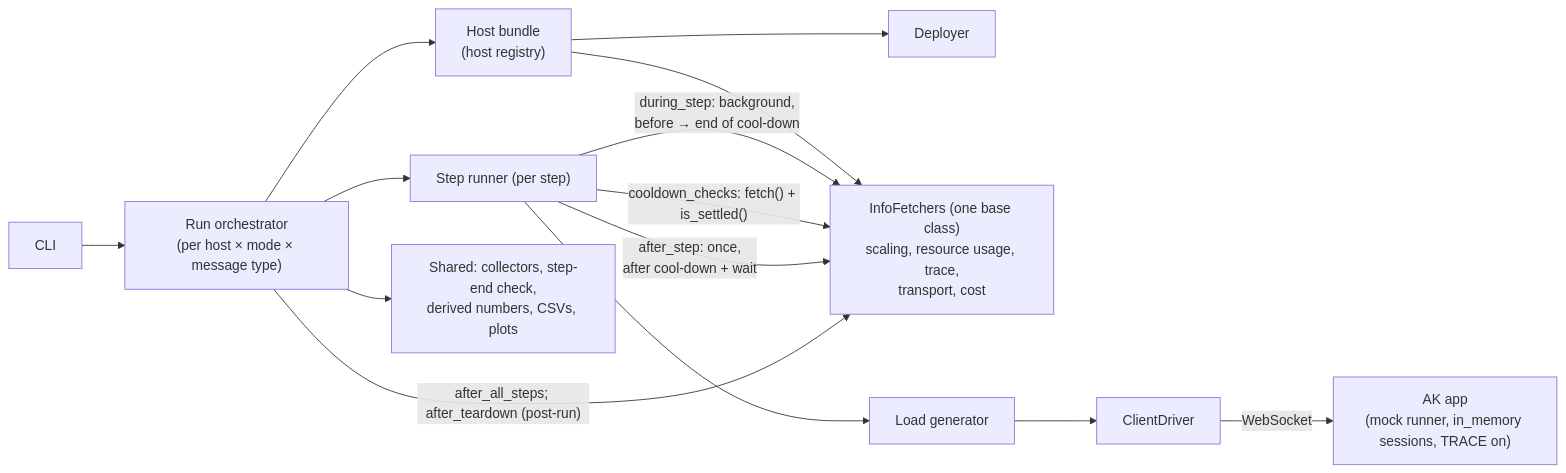
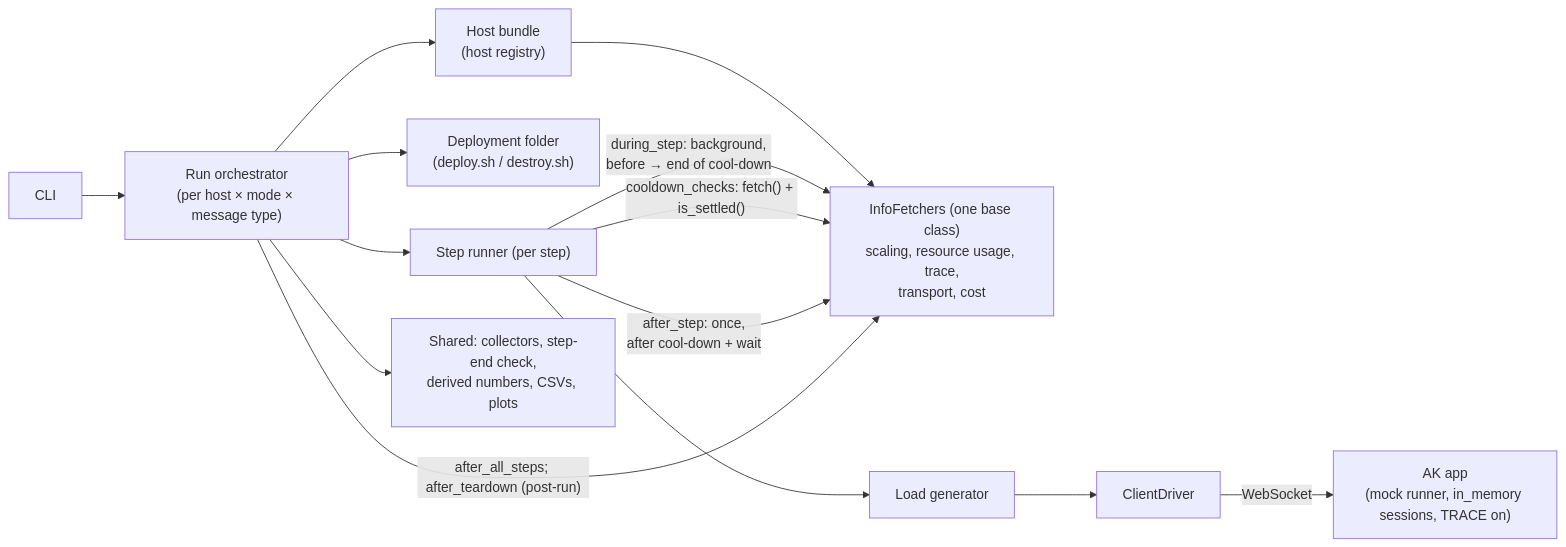
Before and after one commit to yaalalabs/agent-kernel: the first of 2 diagrams in docs/specs/786-benchmark-system/design.md, drawn with Mermaid. The commit also changed other lines of this file and 3 other files, not shown here.

````diff
--- a/docs/specs/786-benchmark-system/design.md
+++ b/docs/specs/786-benchmark-system/design.md
@@ -432,16 +445,16 @@
 ```mermaid
 graph LR
     CLI["CLI"] --> ORCH["Run orchestrator<br/>(per host × mode × message type)"]
     ORCH --> HOST["Host bundle<br/>(host registry)"]
-    HOST --> DEP["Deployer"]
+    ORCH --> DEP["Deployment folder<br/>(deploy.sh / destroy.sh)"]
     HOST --> IF["InfoFetchers (one base class)<br/>scaling, resource usage, trace,<br/>transport, cost"]
     ORCH --> SR["Step runner (per step)"]
     SR -->|"during_step: background,<br/>before → end of cool-down"| IF
     SR -->|"cooldown_checks: fetch() + is_settled()"| IF
     SR -->|"after_step: once,<br/>after cool-down + wait"| IF
     ORCH -->|"after_all_steps; after_teardown (post-run)"| IF
     SR --> LG["Load generator"]
     LG --> DRV["ClientDriver"]
     DRV -->|WebSocket| AK["AK app<br/>(mock runner, in_memory sessions, TRACE on)"]
     ORCH --> SHARED["Shared: collectors, step-end check,<br/>derived numbers, CSVs, plots"]
 ```
````
